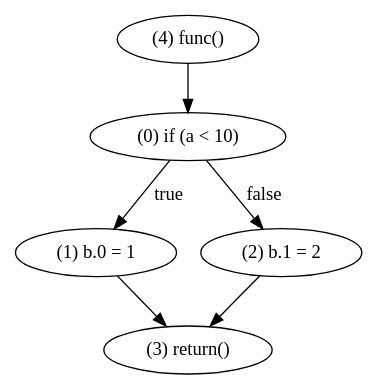
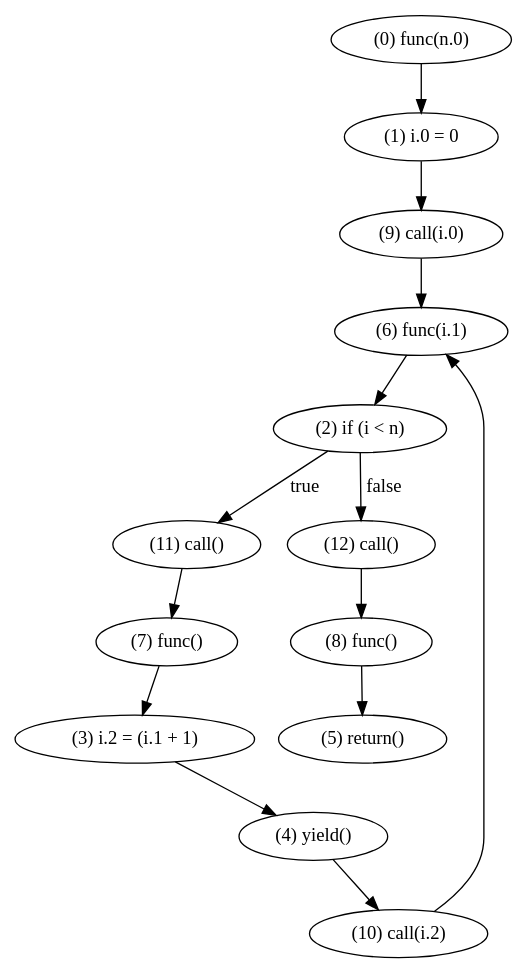
Before and after one commit to WorldofKerry/ToHDL: the diagram in crates/passes/make_ssa.dot, drawn with Graphviz. The commit also changed 7 other files, not shown here.

```diff
--- a/crates/passes/make_ssa.dot
+++ b/crates/passes/make_ssa.dot
@@ -1,12 +1,28 @@
 digraph {
-    0 [ label = "(0) if (a < 10)" ]
-    1 [ label = "(1) b.0 = 1" ]
-    2 [ label = "(2) b.1 = 2" ]
-    3 [ label = "(3) return()" ]
-    4 [ label = "(4) func()" ]
-    0 -> 2 [ label = "false" ]
-    0 -> 1 [ label = "true" ]
-    1 -> 3 [ label = "" ]
-    2 -> 3 [ label = "" ]
-    4 -> 0 [ label = "" ]
+    0 [ label = "(0) func(n.0)" ]
+    1 [ label = "(1) i.0 = 0" ]
+    2 [ label = "(2) if (i < n)" ]
+    3 [ label = "(3) i.2 = (i.1 + 1)" ]
+    4 [ label = "(4) yield()" ]
+    5 [ label = "(5) return()" ]
+    6 [ label = "(6) func(i.1)" ]
+    7 [ label = "(7) func()" ]
+    8 [ label = "(8) func()" ]
+    9 [ label = "(9) call(i.0)" ]
+    10 [ label = "(10) call(i.2)" ]
+    11 [ label = "(11) call()" ]
+    12 [ label = "(12) call()" ]
+    0 -> 1 [ label = "" ]
+    1 -> 9 [ label = "" ]
+    2 -> 12 [ label = "false" ]
+    2 -> 11 [ label = "true" ]
+    3 -> 4 [ label = "" ]
+    4 -> 10 [ label = "" ]
+    6 -> 2 [ label = "" ]
+    7 -> 3 [ label = "" ]
+    8 -> 5 [ label = "" ]
+    9 -> 6 [ label = "" ]
+    10 -> 6 [ label = "" ]
+    11 -> 7 [ label = "" ]
+    12 -> 8 [ label = "" ]
 }
```
